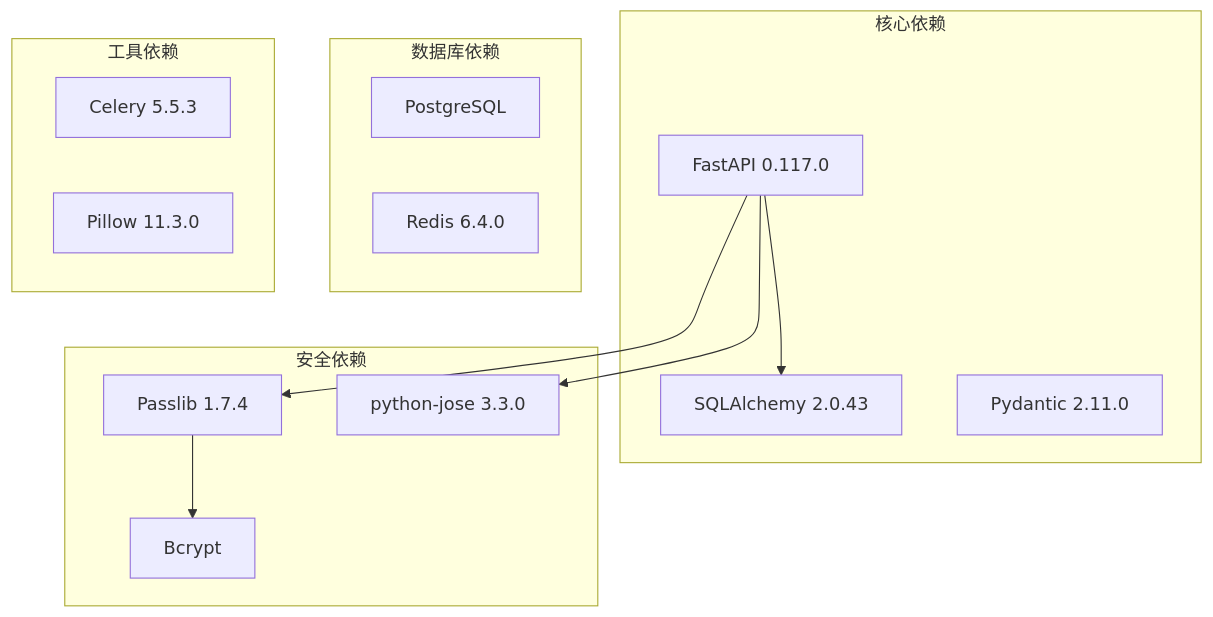
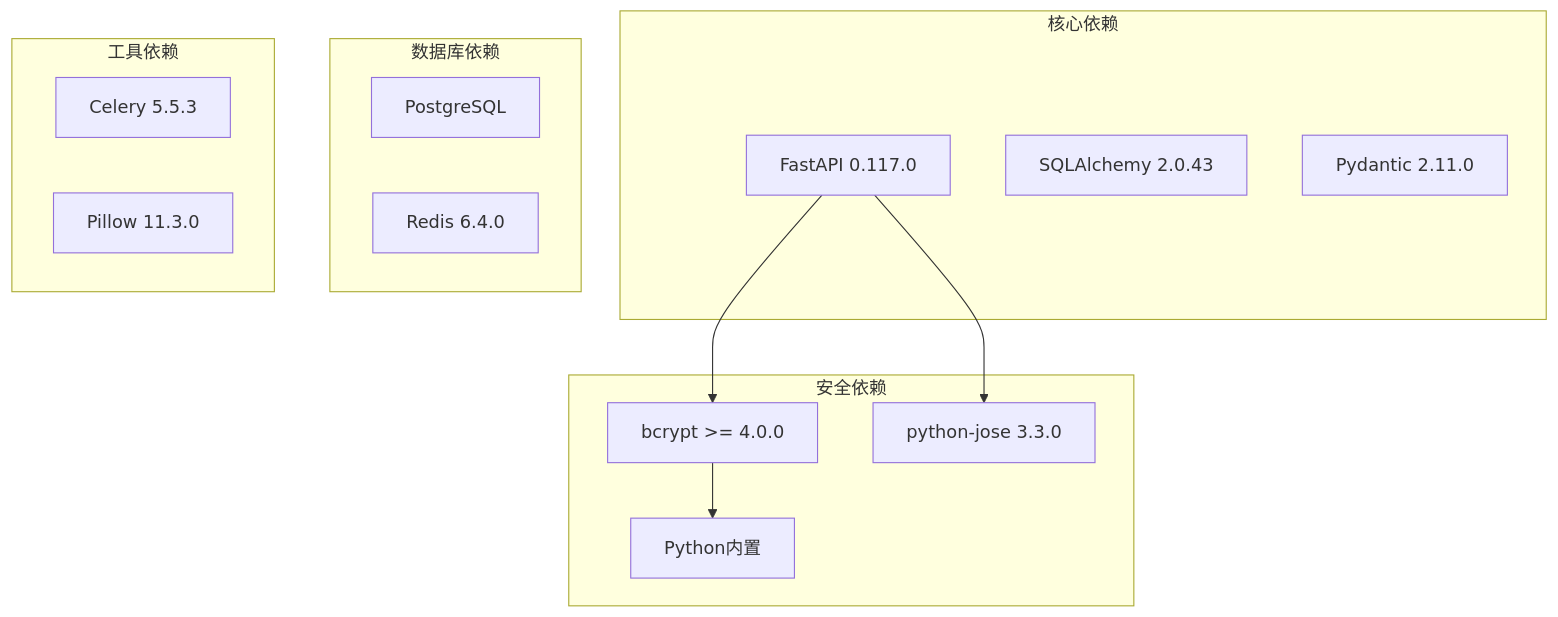
One commit to selectzhangyuan/AI-photo-coach changed the tenth of 11 diagrams in .qoder/repowiki/zh/content/安全和认证/密码哈希与验证.md. Above: the diagram before and after it, drawn with Mermaid. The commit also changed other lines of this file and 28 other files, not shown here.

````diff
--- a/.qoder/repowiki/zh/content/安全和认证/密码哈希与验证.md
+++ b/.qoder/repowiki/zh/content/安全和认证/密码哈希与验证.md
@@ -346,25 +407,24 @@
 ```mermaid
 graph TB
 subgraph "核心依赖"
 FastAPI[FastAPI 0.117.0]
 SQLAlchemy[SQLAlchemy 2.0.43]
 Pydantic[Pydantic 2.11.0]
 end
 subgraph "安全依赖"
-Passlib[Passlib 1.7.4]
-Bcrypt[Bcrypt]
-JWT[python-jose 3.3.0]
+Bcrypt[bcrypt >= 4.0.0]
+PythonJose[python-jose 3.3.0]
+Hashlib[Python内置]
 end
 subgraph "数据库依赖"
 Postgres[PostgreSQL]
 Redis[Redis 6.4.0]
 end
 subgraph "工具依赖"
 Celery[Celery 5.5.3]
 Pillow[Pillow 11.3.0]
 end
-FastAPI --> Passlib
-FastAPI --> JWT
-FastAPI --> SQLAlchemy
-Passlib --> Bcrypt
+FastAPI --> Bcrypt
+FastAPI --> PythonJose
+Bcrypt --> Hashlib
 ```
````
